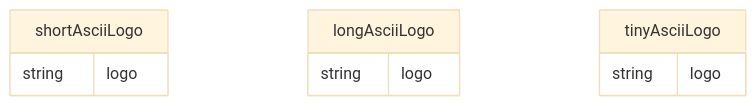
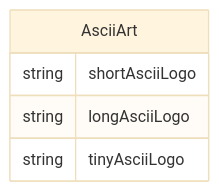
The second of 2 diagrams in documentation/packages/cli/src/ui/components/AsciiArt.ts.md (Joker-of-Gotham/AI-CLI), drawn with Mermaid (base theme) before and after one commit. The commit also changed other lines of this file and 127 other files, not shown here.

Commit message:
add graph view of all the project

````diff
--- a/documentation/packages/cli/src/ui/components/AsciiArt.ts.md
+++ b/documentation/packages/cli/src/ui/components/AsciiArt.ts.md
@@ -35,12 +52,8 @@
 ```mermaid
 erDiagram
-    shortAsciiLogo {
-        string logo
-    }
-    longAsciiLogo {
-        string logo
-    }
-    tinyAsciiLogo {
-        string logo
+    AsciiArt {
+        string shortAsciiLogo
+        string longAsciiLogo
+        string tinyAsciiLogo
     }
 ```
````
